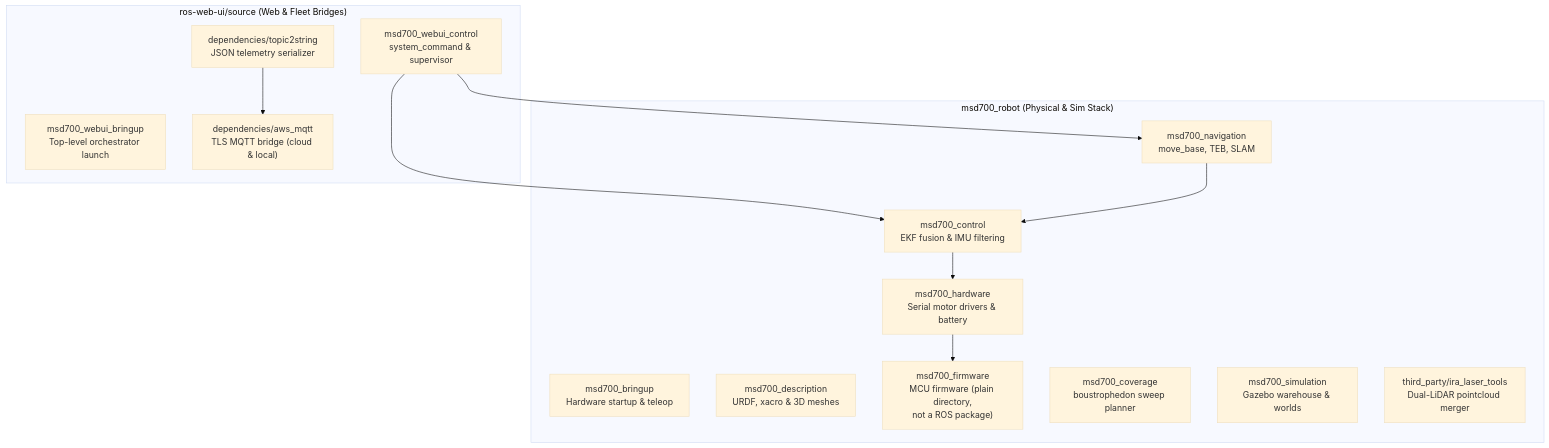
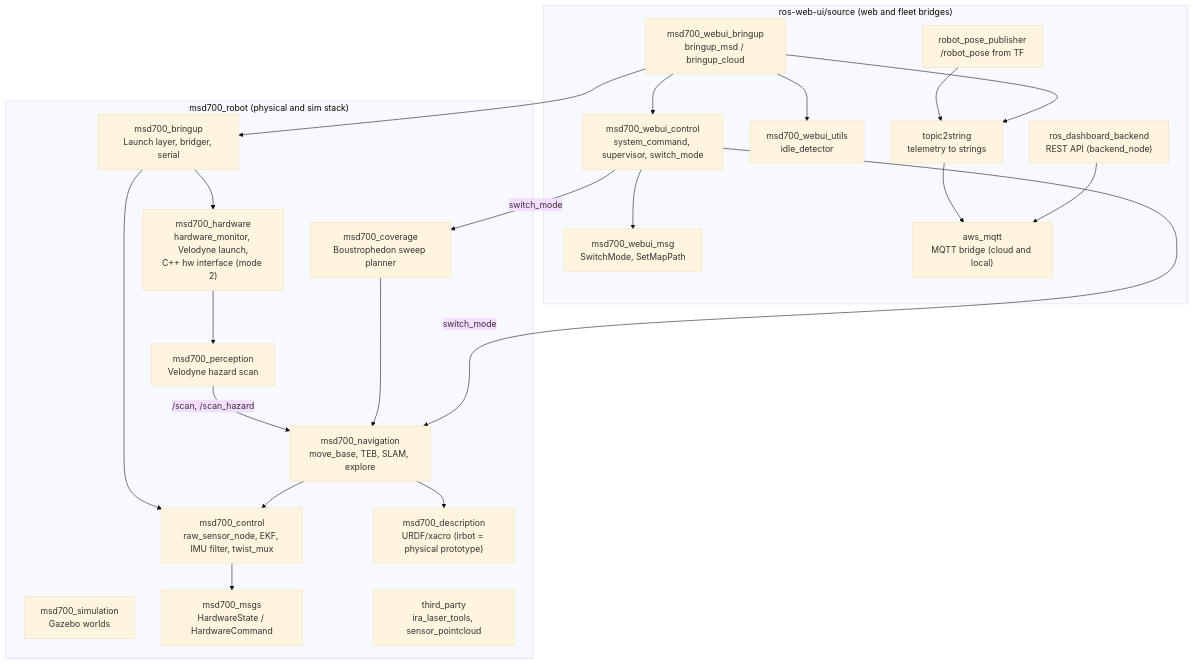
Before and after one commit to itbdelaboprogramming/msd700_documentation: the diagram in docs/development/ros/ros-packages.md, drawn with Mermaid (base theme). The commit also changed other lines of this file and 340 other files, not shown here.

````diff
--- a/docs/development/ros/ros-packages.md
+++ b/docs/development/ros/ros-packages.md
@@ -14,28 +14,45 @@
 ```mermaid
 flowchart TD
-  subgraph RobotCore["msd700_robot (Physical & Sim Stack)"]
-    BRINGUP["msd700_bringup<br/>Hardware startup & teleop"]
-    CONTROL["msd700_control<br/>EKF fusion & IMU filtering"]
-    DESC["msd700_description<br/>URDF, xacro & 3D meshes"]
-    FIRM["msd700_firmware<br/>MCU firmware (plain directory,<br/>not a ROS package)"]
-    HW["msd700_hardware<br/>Serial motor drivers & battery"]
-     NAV["msd700_navigation<br/>move_base, TEB, SLAM"]
-     COV["msd700_coverage<br/>boustrophedon sweep planner"]
-    SIM["msd700_simulation<br/>Gazebo warehouse & worlds"]
-    TP["third_party/ira_laser_tools<br/>Dual-LiDAR pointcloud merger"]
+  subgraph RobotCore["msd700_robot (physical and sim stack)"]
+    BRINGUP["msd700_bringup<br/>Launch layer, bridger, serial"]
+    CONTROL["msd700_control<br/>raw_sensor_node, EKF, IMU filter, twist_mux"]
+    DESC["msd700_description<br/>URDF/xacro (irbot = physical prototype)"]
+    HW["msd700_hardware<br/>hardware_monitor, Velodyne launch,<br/>C++ hw interface (mode 2)"]
+    PERC["msd700_perception<br/>Velodyne hazard scan"]
+    NAV["msd700_navigation<br/>move_base, TEB, SLAM, explore"]
+    COV["msd700_coverage<br/>Boustrophedon sweep planner"]
+    SIM["msd700_simulation<br/>Gazebo worlds"]
+    MSGS["msd700_msgs<br/>HardwareState / HardwareCommand"]
+    TP["third_party<br/>ira_laser_tools, sensor_pointcloud"]
   end
 
-  subgraph WebUIBridge["ros-web-ui/source (Web & Fleet Bridges)"]
-    W_BRINGUP["msd700_webui_bringup<br/>Top-level orchestrator launch"]
-    W_CTRL["msd700_webui_control<br/>system_command & supervisor"]
-    MQTT["dependencies/aws_mqtt<br/>TLS MQTT bridge (cloud & local)"]
-    T2S["dependencies/topic2string<br/>JSON telemetry serializer"]
+  subgraph WebUIBridge["ros-web-ui/source (web and fleet bridges)"]
+    W_BRINGUP["msd700_webui_bringup<br/>bringup_msd / bringup_cloud"]
+    W_CTRL["msd700_webui_control<br/>system_command, supervisor, switch_mode"]
+    W_UTILS["msd700_webui_utils<br/>idle_detector"]
+    W_MSG["msd700_webui_msg<br/>SwitchMode, SetMapPath"]
+    BACKEND["ros_dashboard_backend<br/>REST API (backend_node)"]
+    T2S["topic2string<br/>telemetry to strings"]
+    MQTT["aws_mqtt<br/>MQTT bridge (cloud and local)"]
+    RPP["robot_pose_publisher<br/>/robot_pose from TF"]
   end
 
-  W_CTRL --> NAV
-  W_CTRL --> CONTROL
+  W_BRINGUP --> W_CTRL
+  W_BRINGUP --> W_UTILS
+  W_BRINGUP --> T2S
+  W_BRINGUP --> BRINGUP
+  W_CTRL --> W_MSG
+  W_CTRL -->|switch_mode| NAV
+  W_CTRL -->|switch_mode| COV
+  BACKEND --> MQTT
   T2S --> MQTT
+  RPP --> T2S
+  COV --> NAV
+  PERC -->|/scan, /scan_hazard| NAV
   NAV --> CONTROL
-  CONTROL --> HW
-  HW --> FIRM
+  BRINGUP --> CONTROL
+  BRINGUP --> HW
+  HW --> PERC
+  CONTROL --> MSGS
+  NAV --> DESC
 ```
````
